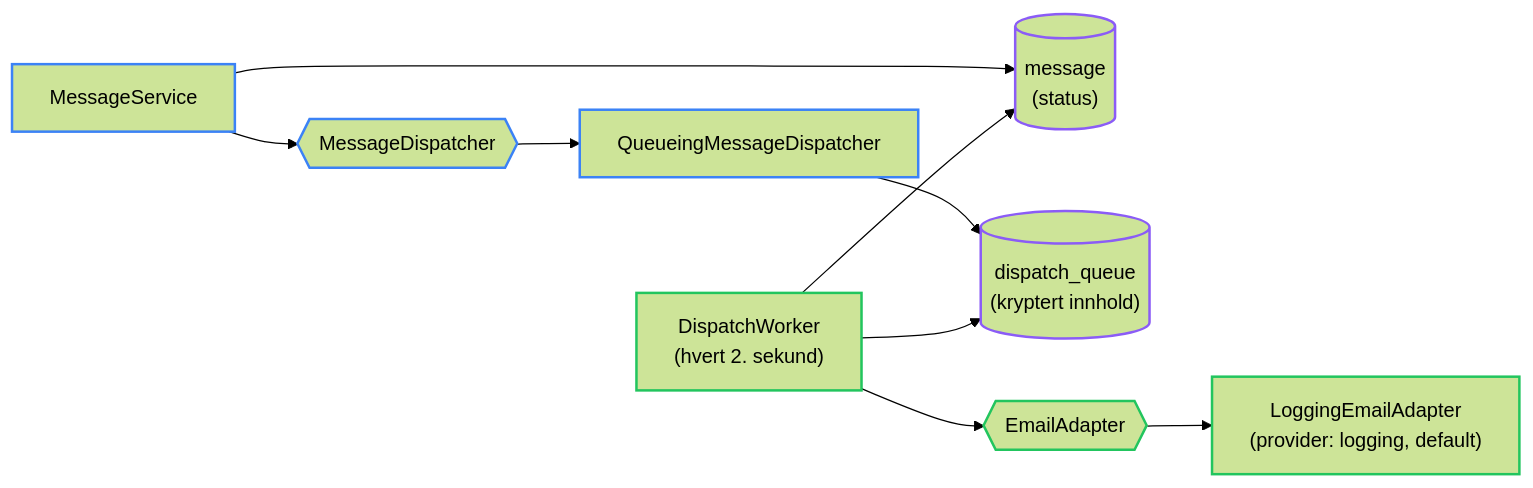
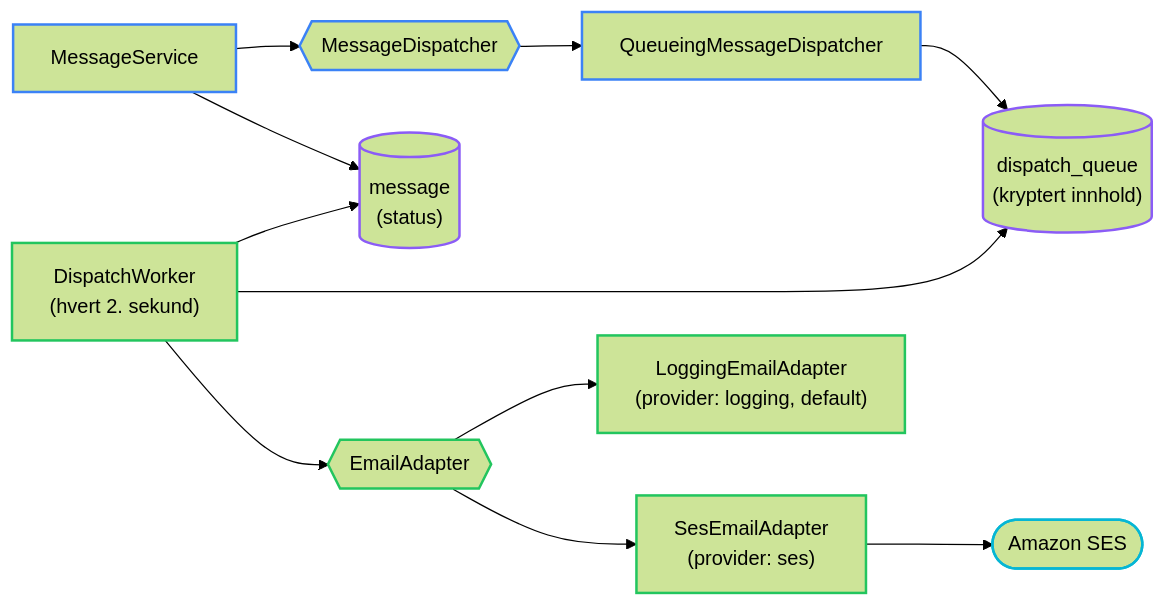
Before and after one commit to FINTLabs/fint-communication-service: the eighth of 14 diagrams in docs/architecture.md, drawn with Mermaid (forest theme). The commit also changed other lines of this file and 14 other files, not shown here.

First line of the commit message:
feat: send email via Amazon SES

````diff
--- a/docs/architecture.md
+++ b/docs/architecture.md
@@ -577,19 +578,22 @@
 ```mermaid
 flowchart LR
     MS["MessageService"] --> port{{"MessageDispatcher"}}
     MS --> status[("message<br/>(status)")]
     port --> queue["QueueingMessageDispatcher"]
     queue --> table[("dispatch_queue<br/>(kryptert innhold)")]
     worker["DispatchWorker<br/>(hvert 2. sekund)"] --> table
     worker --> status
     worker --> adapter{{"EmailAdapter"}}
+    adapter --> ses["SesEmailAdapter<br/>(provider: ses)"]
     adapter --> log["LoggingEmailAdapter<br/>(provider: logging, default)"]
+    ses --> ext(["Amazon SES"])
 
     classDef intake stroke:#3B82F6,stroke-width:2px
     classDef data stroke:#8B5CF6,stroke-width:2px
     classDef dispatch stroke:#22C55E,stroke-width:2px
     classDef external stroke:#06B6D4,stroke-width:2px
     class MS,port,queue intake
     class status,table data
-    class worker,adapter,log dispatch
+    class worker,adapter,ses,log dispatch
+    class ext external
 ```
````
